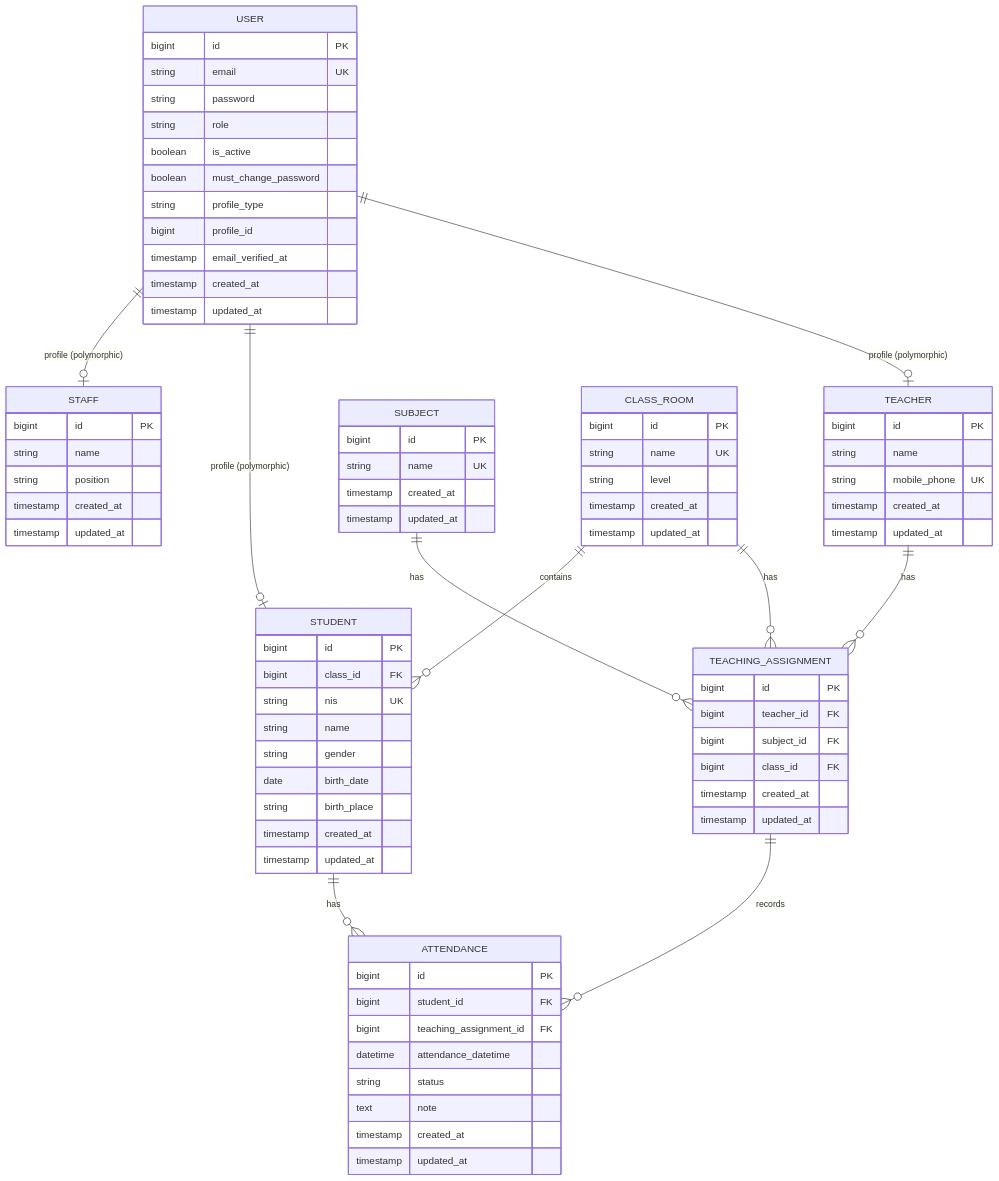
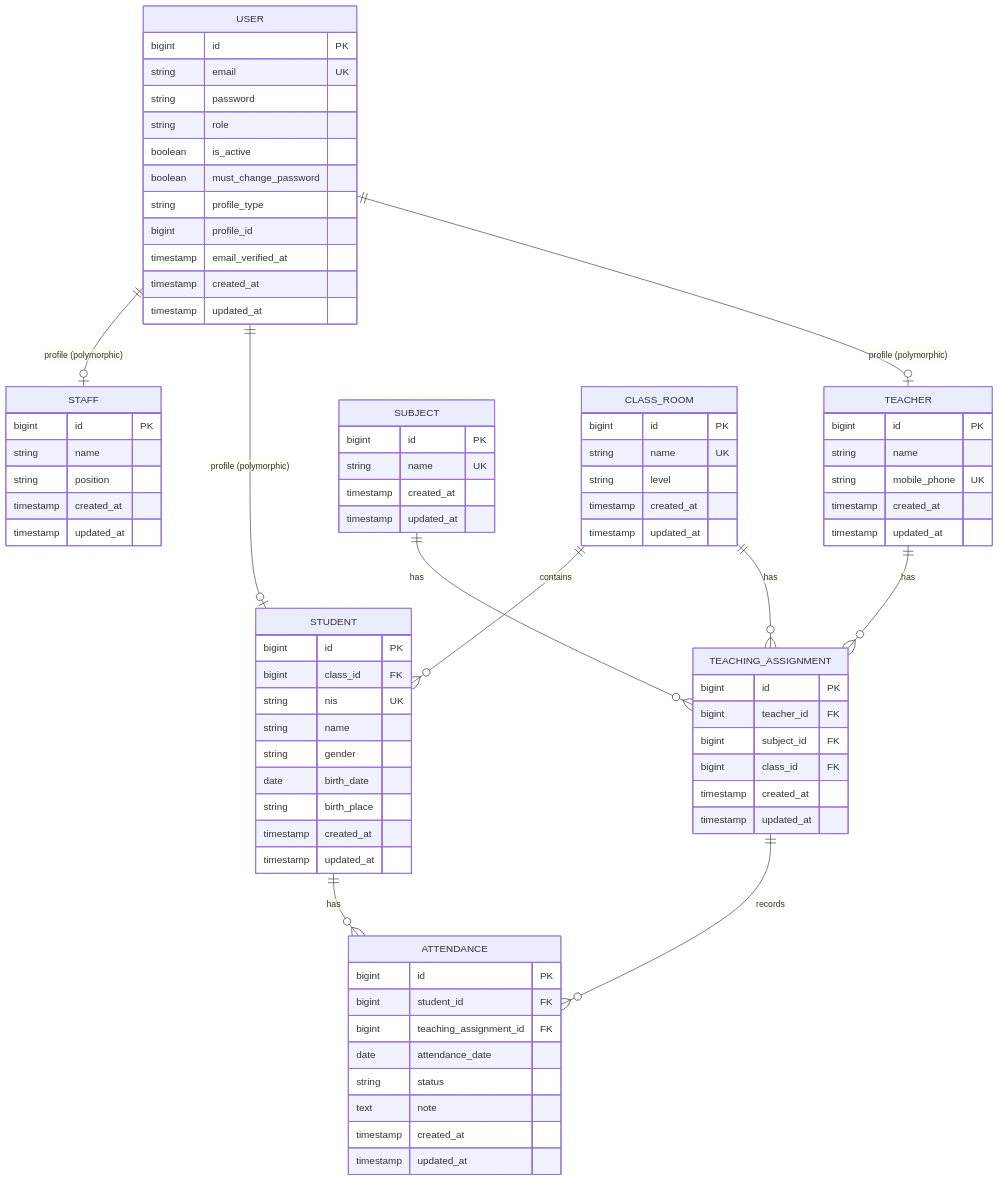
Before and after one commit to ezra-dalimunthe/prezence-tutorial: the diagram in entities.md, drawn with Mermaid. The commit also changed other lines of this file and 11 other files, not shown here.

```diff
--- a/entities.md
+++ b/entities.md
@@ -74,7 +74,7 @@
         bigint id PK
         bigint student_id FK
         bigint teaching_assignment_id FK
-        datetime attendance_datetime
+        date attendance_date
         string status
         text note
         timestamp created_at
```
